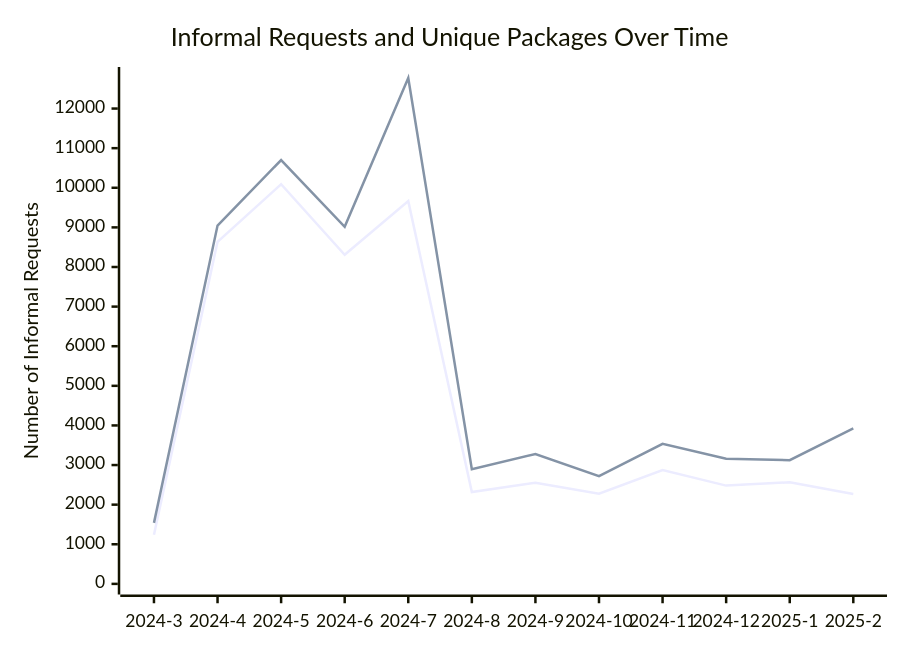
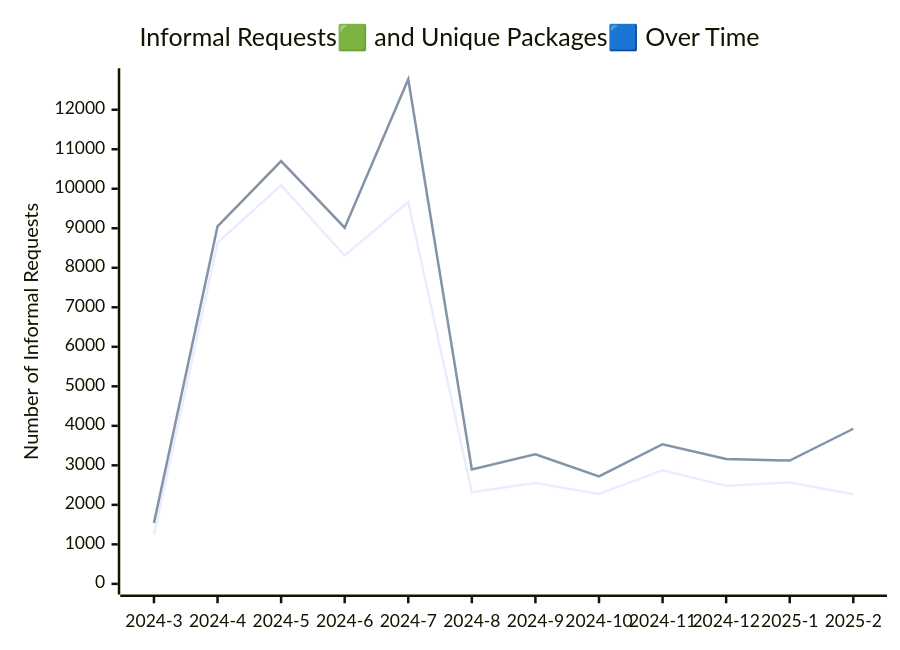
The diagram in ATI_INFORMAL_REPORT/readme.md (open-data/analytics-corporate-reporting), drawn with Mermaid before and after one commit. The commit also changed other lines of this file and 2 other files, not shown here.

````diff
--- a/ATI_INFORMAL_REPORT/readme.md
+++ b/ATI_INFORMAL_REPORT/readme.md
@@ -4,11 +4,11 @@
 ```mermaid
 
 xychart-beta
-    title "Informal Requests and Unique Packages Over Time"
+    title "Informal Requests🟩 and Unique Packages🟦 Over Time"
     x-axis [2024-3, 2024-4, 2024-5, 2024-6, 2024-7, 2024-8, 2024-9, 2024-10, 2024-11, 2024-12, 2025-1, 2025-2]
     y-axis "Unique Packages" 0 --> 10100
     y-axis "Number of Informal Requests" 0 --> 12781
 
     line [1242, 8636, 10090, 8309, 9663, 2317, 2554, 2275, 2873, 2481, 2564, 2268]
     line [1540, 9047, 10700, 9014, 12771, 2894, 3280, 2719, 3534, 3159, 3122, 3926]
 ```
````
